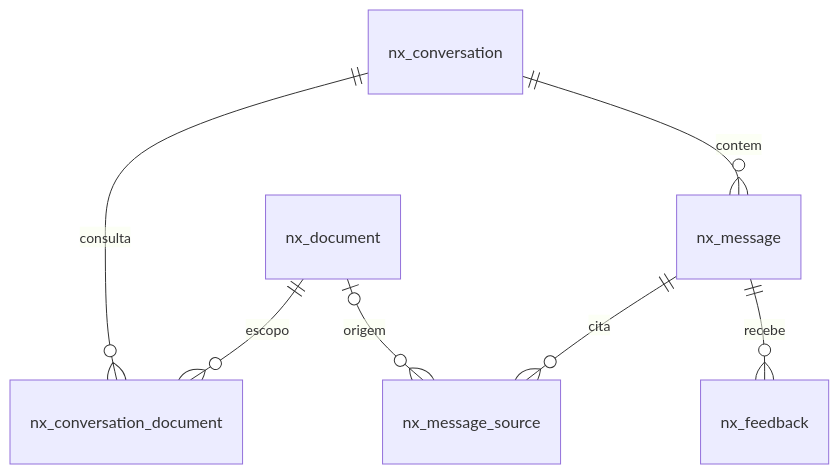
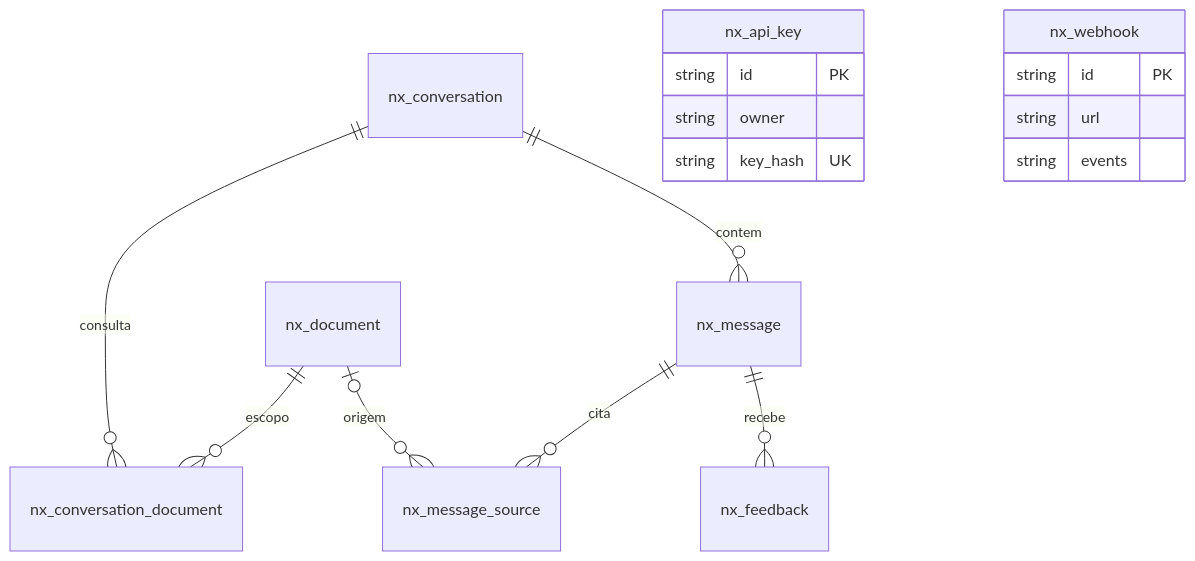
One commit to ravelroot/Retrieval-Augmented-QA-System changed the second of 2 diagrams in README.md. Above: the diagram before and after it, drawn with Mermaid. The commit also changed other lines of this file and 59 other files, not shown here.

````diff
--- a/README.md
+++ b/README.md
@@ -138,9 +229,19 @@
 ```mermaid
 erDiagram
     nx_document ||--o{ nx_conversation_document : escopo
     nx_conversation ||--o{ nx_conversation_document : consulta
     nx_conversation ||--o{ nx_message : contem
     nx_message ||--o{ nx_message_source : cita
     nx_document |o--o{ nx_message_source : origem
     nx_message ||--o{ nx_feedback : recebe
+    nx_api_key {
+        string id PK
+        string owner
+        string key_hash UK
+    }
+    nx_webhook {
+        string id PK
+        string url
+        string events
+    }
 ```
````
